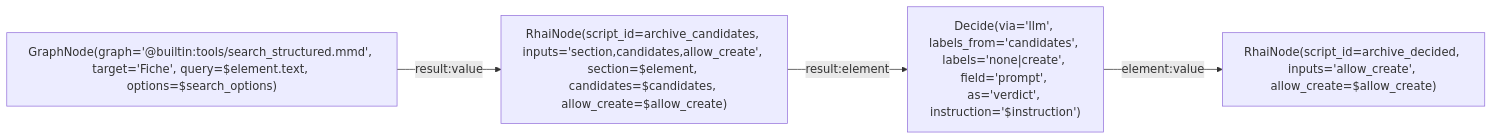
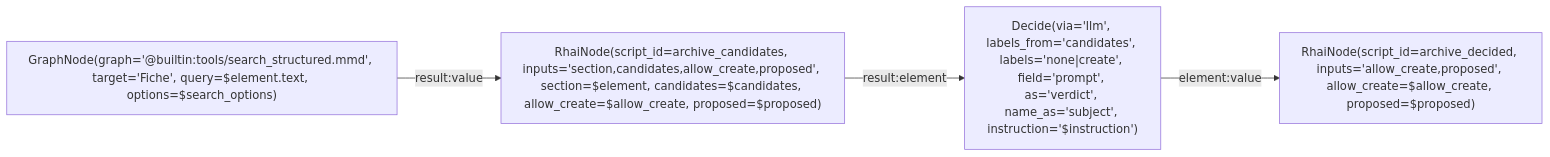
The diagram in extension/rag3weaver/templates/backends/memory/graphs/archive_decide.mmd (L-Defraiteur/rag3db), drawn with Mermaid before and after one commit. The commit also changed 8 other files, not shown here.

```diff
--- a/extension/rag3weaver/templates/backends/memory/graphs/archive_decide.mmd
+++ b/extension/rag3weaver/templates/backends/memory/graphs/archive_decide.mmd
@@ -1,18 +1,19 @@
 %% tool: archive_decide
 %% description: Une section (l'élément) : les fiches candidates par la recherche, puis la décision fermée du modèle (une candidate, none, create), rendue comme l'élément des écritures (kind, fiche, records, liens, provenance). Appelé une fois par section par le ForEachNode de archive.
 %% Les étiquettes candidate_N sont résolues par archive_decided vers les noms exacts ; les noms et descriptions restent dans le prompt.
 %% param: element json! -- La section : {title, level, text, anchor, index, chemin, titre, origine}.
 %% param: candidates int = 5 -- Fiches candidates gardées.
 %% param: allow_create bool = false -- create permis (éteint par défaut, comme archive).
 %% param: instruction string! -- Ce que l'étiquette veut dire, pour le modèle ; sans apostrophe droite (substituée entre apostrophes dans la configuration du Decide ; la typographique ’ passe).
 %% param: search_options json! -- Les options de la recherche de candidates (limit…).
+%% param: proposed json = [] -- Les fiches proposées par les sections précédentes du même document ({name, about, state, via}), portées par le ForEachNode d'archive (carry) : elles ne sont pas encore cherchables, la transaction de l'outil ne les a pas validées.
 %% result: decided.result
 
 graph LR
     recall["GraphNode(graph='@builtin:tools/search_structured.mmd', target='Fiche', query=$element.text, options=$search_options)"]
-    prepare["RhaiNode(script_id=archive_candidates, inputs='section,candidates,allow_create', section=$element, candidates=$candidates, allow_create=$allow_create)"]
-    decide["Decide(via='llm', labels_from='candidates', labels='none|create', field='prompt', as='verdict', instruction='$instruction')"]
-    decided["RhaiNode(script_id=archive_decided, inputs='allow_create', allow_create=$allow_create)"]
+    prepare["RhaiNode(script_id=archive_candidates, inputs='section,candidates,allow_create,proposed', section=$element, candidates=$candidates, allow_create=$allow_create, proposed=$proposed)"]
+    decide["Decide(via='llm', labels_from='candidates', labels='none|create', field='prompt', as='verdict', name_as='subject', instruction='$instruction')"]
+    decided["RhaiNode(script_id=archive_decided, inputs='allow_create,proposed', allow_create=$allow_create, proposed=$proposed)"]
     recall -->|result:value| prepare
     prepare -->|result:element| decide
     decide -->|element:value| decided
```
